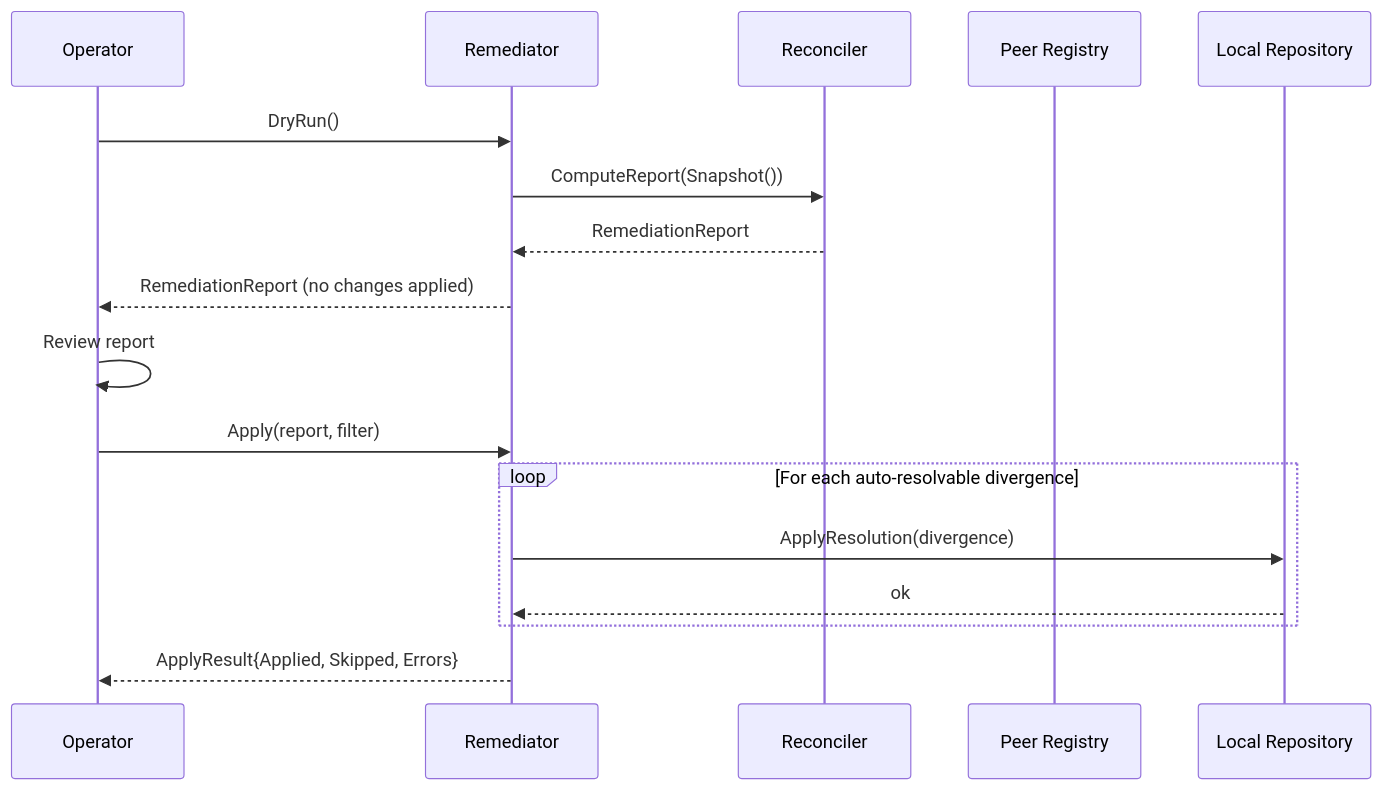
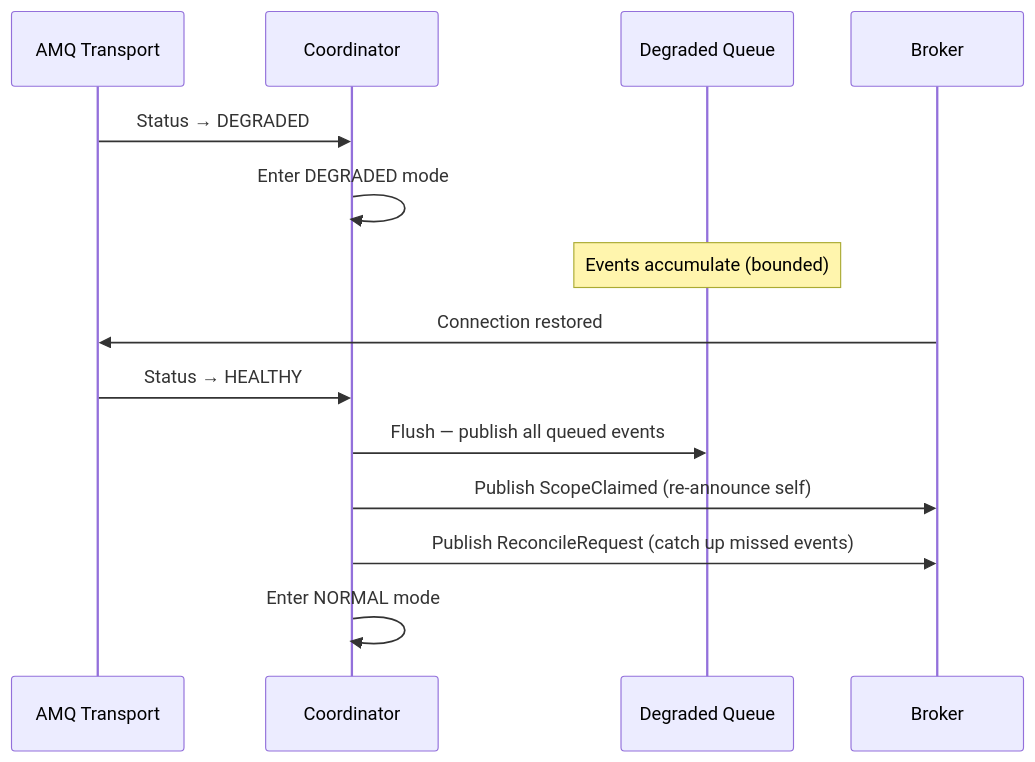
One commit to emirbh/misc changed diagram 19 of 19 in data-model-registry/dmr-sync-design.md. Above: the diagram before and after it, drawn with Mermaid. The commit also changed other lines of this file, not shown here.

````diff
--- a/data-model-registry/dmr-sync-design.md
+++ b/data-model-registry/dmr-sync-design.md
@@ -588,22 +812,18 @@
 ```mermaid
 sequenceDiagram
-    participant Op as Operator
-    participant Rem as Remediator
-    participant Rec as Reconciler
-    participant Reg as Peer Registry
-    participant Repo as Local Repository
+    participant T as AMQ Transport
+    participant C as Coordinator
+    participant Q as Degraded Queue
+    participant B as Broker
 
-    Op->>Rem: DryRun()
-    Rem->>Rec: ComputeReport(Snapshot())
-    Rec-->>Rem: RemediationReport
-    Rem-->>Op: RemediationReport (no changes applied)
+    T->>C: Status → DEGRADED
+    C->>C: Enter DEGRADED mode
+    Note over Q: Events accumulate (bounded)
 
-    Op->>Op: Review report
-
-    Op->>Rem: Apply(report, filter)
-    loop For each auto-resolvable divergence
-        Rem->>Repo: ApplyResolution(divergence)
-        Repo-->>Rem: ok
-    end
-    Rem-->>Op: ApplyResult{Applied, Skipped, Errors}
+    B->>T: Connection restored
+    T->>C: Status → HEALTHY
+    C->>Q: Flush — publish all queued events
+    C->>B: Publish ScopeClaimed (re-announce self)
+    C->>B: Publish ReconcileRequest (catch up missed events)
+    C->>C: Enter NORMAL mode
 ```
````
